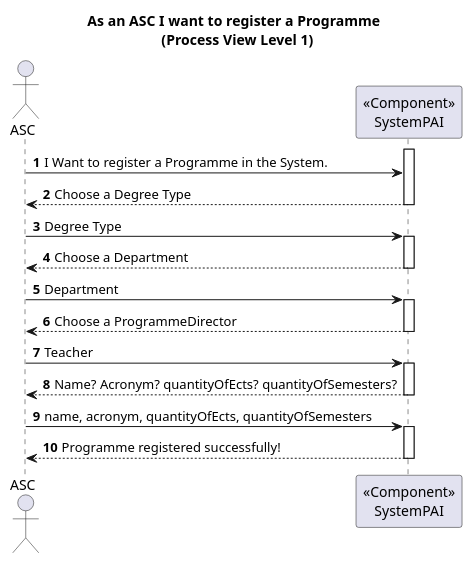
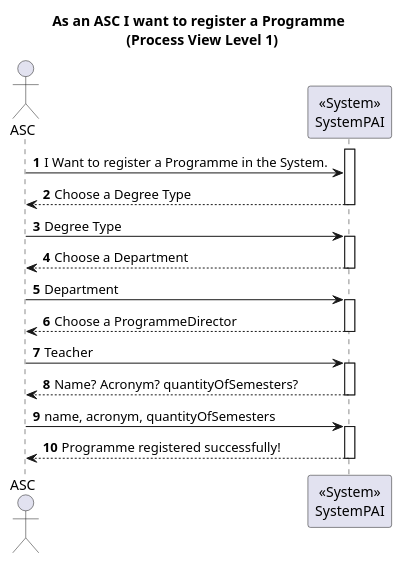
One commit to GasparISEP/DevOps-PAI changed the diagram in docs/US31/ProcessView/Level1.puml. Above: the diagram before and after it, drawn with PlantUML. The commit also changed 10 other files, not shown here.

Commit message:
Ref #505, #523: Update Process View Level 1, 2 and 3 diagrams, move Level 4 diagram and rename folder to references

```diff
--- a/docs/US31/ProcessView/Level1.puml
+++ b/docs/US31/ProcessView/Level1.puml
@@ -1,30 +1,30 @@
 @startuml
 autonumber
 
 title As an ASC I want to register a Programme \n (Process View Level 1)
 
 actor ASC as Admin
-participant "<<Component>>\nSystemPAI" as System
+participant "<<System>>\nSystemPAI" as System
 
 activate System
 Admin -> System  : I Want to register a Programme in the System.
 
 System --> Admin --: Choose a Degree Type
 
 Admin -> System  ++: Degree Type
 
 System --> Admin --: Choose a Department
 
 Admin -> System  ++: Department
 
 System --> Admin --: Choose a ProgrammeDirector
 
 Admin -> System  ++: Teacher
 
-System --> Admin  --: Name? Acronym? quantityOfEcts? quantityOfSemesters?
+System --> Admin  --: Name? Acronym? quantityOfSemesters?
 
-Admin -> System  ++: name, acronym, quantityOfEcts, quantityOfSemesters
+Admin -> System  ++: name, acronym, quantityOfSemesters
 
 System --> Admin  : Programme registered successfully!
 deactivate System
 @enduml
```
